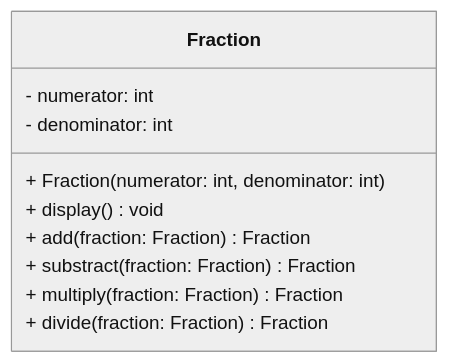
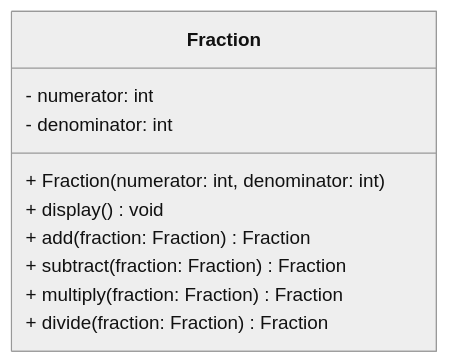
The second of 2 diagrams in _formations/oop/introduction.md (aldevgen/aldevgen.github.io), drawn with Mermaid (neutral theme) before and after one commit. The commit also changed other lines of this file, not shown here.

Commit message:
Fix subtract typo

````diff
--- a/_formations/oop/introduction.md
+++ b/_formations/oop/introduction.md
@@ -130,14 +125,14 @@
 ```mermaid
 %%{init: {"class": {"useMaxWidth": "false"}}%%
 classDiagram
     class Fraction {
         - numerator: int
         - denominator: int
         + Fraction(numerator: int, denominator: int)
         + display() void
         + add(fraction: Fraction) Fraction
-        + substract(fraction: Fraction) Fraction
+        + subtract(fraction: Fraction) Fraction
         + multiply(fraction: Fraction) Fraction
         + divide(fraction: Fraction) Fraction
     }
 ```
````
